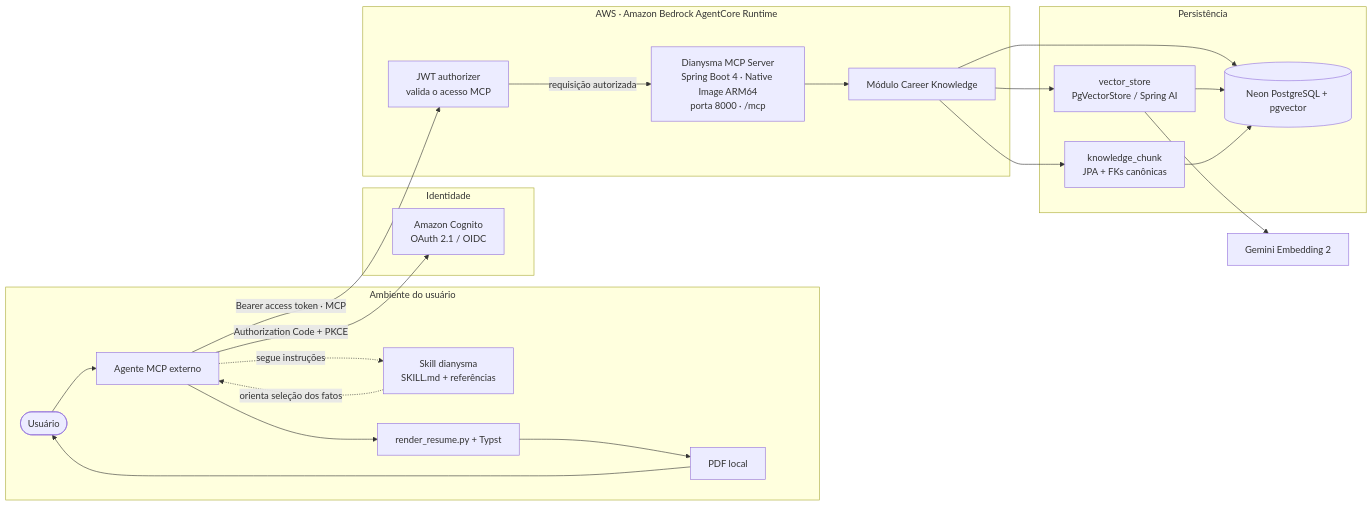
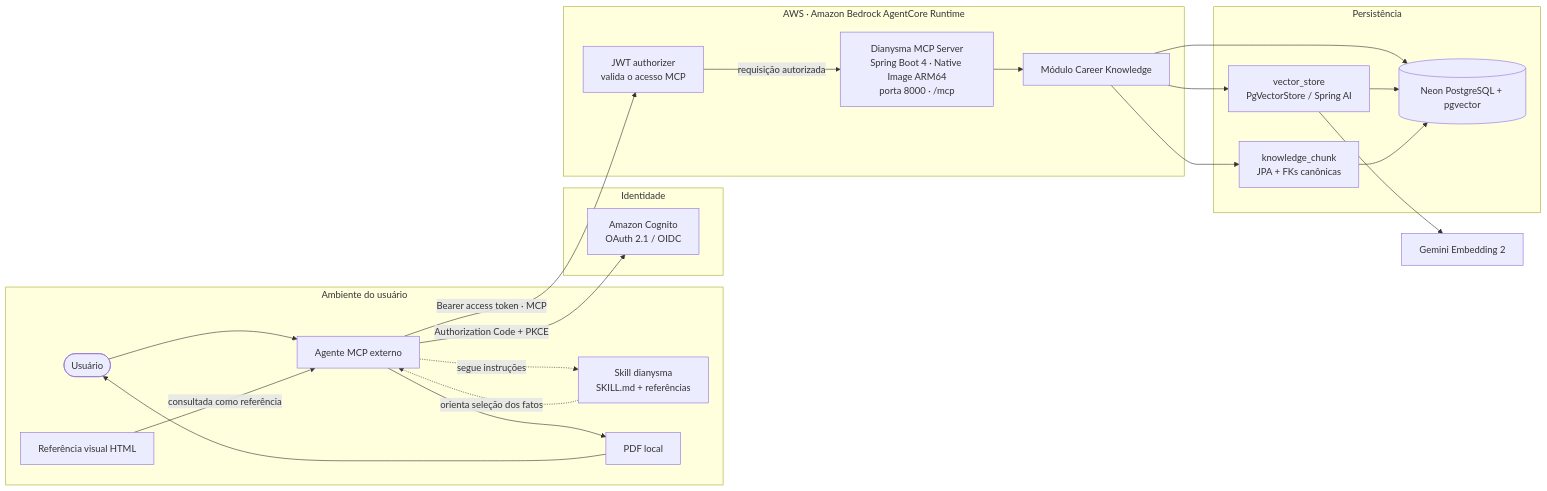
Before and after one commit to wskr00/dianysma: the diagram in docs/architecture-overview.md, drawn with Mermaid. The commit also changed other lines of this file and 11 other files, not shown here.

````diff
--- a/docs/architecture-overview.md
+++ b/docs/architecture-overview.md
@@ -19,45 +19,45 @@
 ```mermaid
 flowchart LR
     subgraph CLIENT["Ambiente do usuário"]
         USER([Usuário])
         AGENT["Agente MCP externo"]
         SKILL["Skill dianysma\nSKILL.md + referências"]
-        RENDER["render_resume.py + Typst"]
+        STYLE["Referência visual HTML"]
         PDF["PDF local"]
     end
 
     subgraph IDENTITY["Identidade"]
         COGNITO["Amazon Cognito\nOAuth 2.1 / OIDC"]
     end
 
     subgraph AWS["AWS · Amazon Bedrock AgentCore Runtime"]
         RUNTIME["JWT authorizer\nvalida o acesso MCP"]
         APP["Dianysma MCP Server\nSpring Boot 4 · Native Image ARM64\nporta 8000 · /mcp"]
         KNOWLEDGE["Módulo Career Knowledge"]
     end
 
     subgraph DATA["Persistência"]
         DB[("Neon PostgreSQL + pgvector")]
         VSTORE["vector_store\nPgVectorStore / Spring AI"]
         CHUNK["knowledge_chunk\nJPA + FKs canônicas"]
     end
 
     EMB["Gemini Embedding 2"]
 
     USER --> AGENT
     AGENT -. "segue instruções" .-> SKILL
     AGENT -->|"Authorization Code + PKCE"| COGNITO
     AGENT -->|"Bearer access token · MCP"| RUNTIME
     RUNTIME -->|"requisição autorizada"| APP
     APP --> KNOWLEDGE
     KNOWLEDGE --> DB
     KNOWLEDGE --> VSTORE
     KNOWLEDGE --> CHUNK
     VSTORE --> DB
     CHUNK --> DB
     VSTORE --> EMB
-    AGENT --> RENDER
+    STYLE -->|"consultada como referência"| AGENT
     SKILL -. "orienta seleção dos fatos" .-> AGENT
-    RENDER --> PDF
+    AGENT --> PDF
     PDF --> USER
 ```
````
